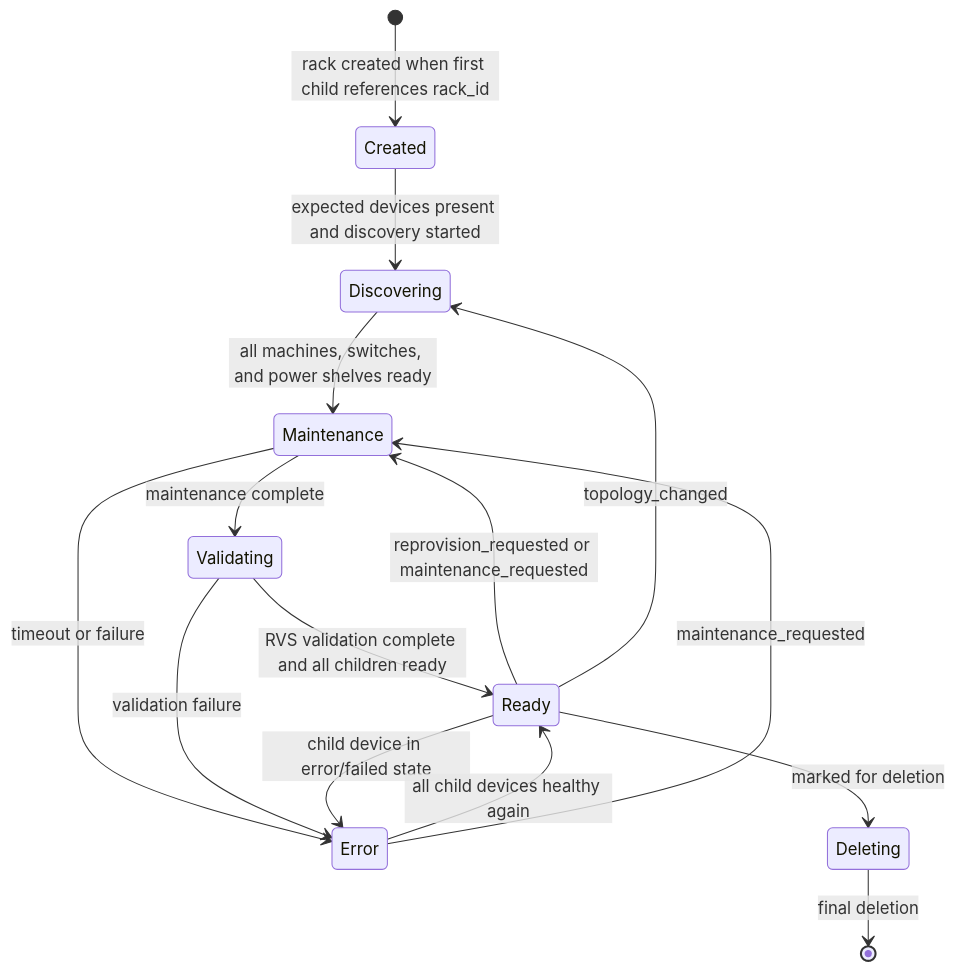
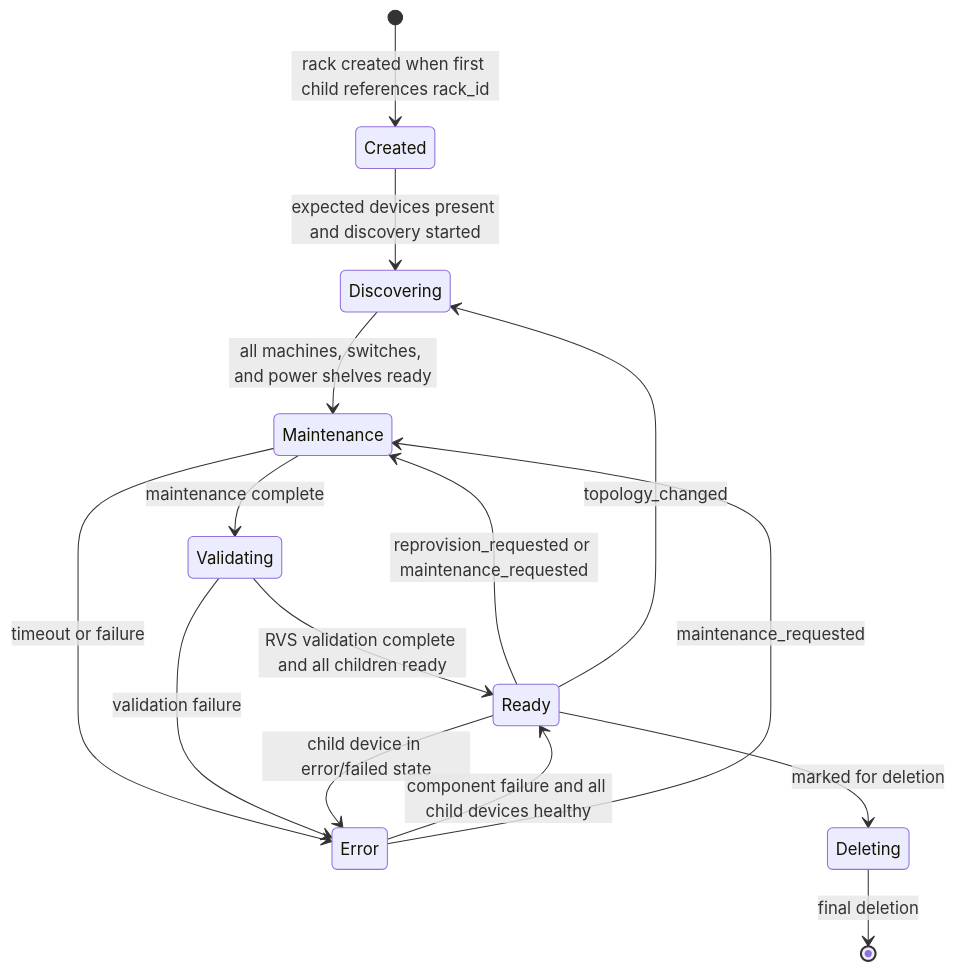
One commit to dsx-ai-factory/infra-controller changed the second of 3 diagrams in docs/architecture/state_machines/rackstatemachine.md. Above: the diagram before and after it, drawn with Mermaid. The commit also changed other lines of this file and 10 other files, not shown here.

Commit message:
fix(rack-controller): keep rack in Error after NMX-C failure

````diff
--- a/docs/architecture/state_machines/rackstatemachine.md
+++ b/docs/architecture/state_machines/rackstatemachine.md
@@ -127,31 +127,31 @@
 ```mermaid
 stateDiagram-v2
     state "Created" as Created
     state "Discovering" as Discovering
     state "Maintenance" as Maintenance
     state "Validating" as Validating
     state "Ready" as Ready
     state "Error" as Error
     state "Deleting" as Deleting
 
     [*] --> Created : rack created when first child references rack_id
 
     Created --> Discovering : expected devices present and discovery started
     Discovering --> Maintenance : all machines, switches, and power shelves ready
 
     Maintenance --> Validating : maintenance complete
     Maintenance --> Error : timeout or failure
 
     Validating --> Ready : RVS validation complete and all children ready
     Validating --> Error : validation failure
 
     Ready --> Maintenance : reprovision_requested or maintenance_requested
     Ready --> Discovering : topology_changed
     Ready --> Error : child device in error/failed state
 
-    Error --> Ready : all child devices healthy again
+    Error --> Ready : component failure and all child devices healthy
     Error --> Maintenance : maintenance_requested
 
     Ready --> Deleting : marked for deletion
     Deleting --> [*] : final deletion
 ```
````
